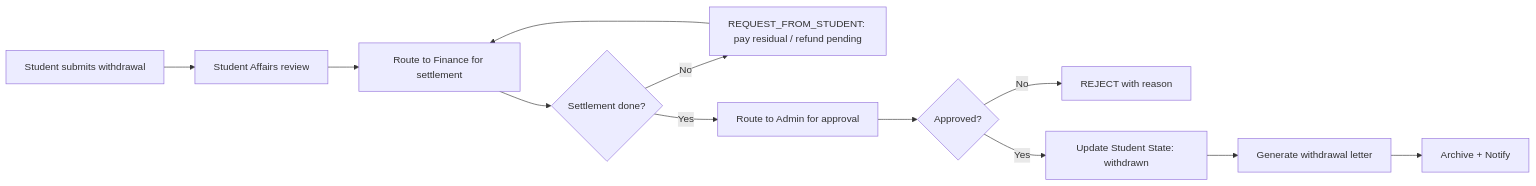
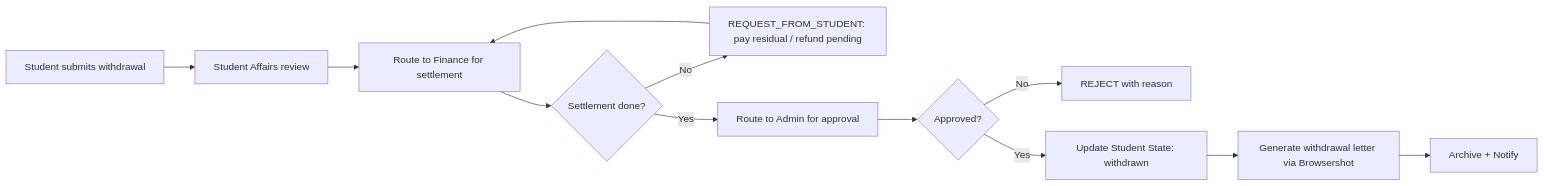
Before and after one commit to alharbib902-del/technical-handover: the third of 18 diagrams in مسودات-الوكلاء/الجزء-02-الموديولات-والمنطق-التجاري.md, drawn with Mermaid. The commit also changed other lines of this file and 22 other files, not shown here.

````diff
--- a/مسودات-الوكلاء/الجزء-02-الموديولات-والمنطق-التجاري.md
+++ b/مسودات-الوكلاء/الجزء-02-الموديولات-والمنطق-التجاري.md
@@ -1256,14 +1671,14 @@
 ```mermaid
 flowchart LR
     A[Student submits withdrawal] --> B[Student Affairs review]
     B --> C[Route to Finance for settlement]
     C --> D{Settlement done?}
     D -->|No| E[REQUEST_FROM_STUDENT: pay residual / refund pending]
     E --> C
     D -->|Yes| F[Route to Admin for approval]
     F --> G{Approved?}
     G -->|No| H[REJECT with reason]
     G -->|Yes| I[Update Student State: withdrawn]
-    I --> J[Generate withdrawal letter]
+    I --> J[Generate withdrawal letter via Browsershot]
     J --> K[Archive + Notify]
 ```
````
